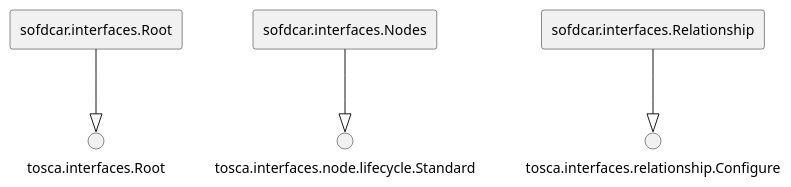
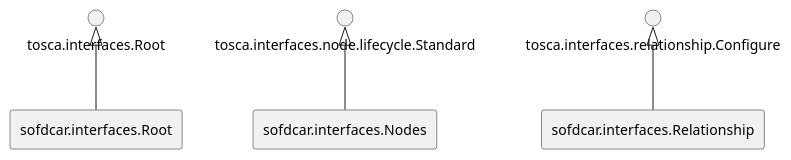
One commit to OpenTOSCA/opentosca-vintner changed the diagram in docs/docs/sofdcar/tosca-sofdcar-profile.interface-types.puml. Above: the diagram before and after it, drawn with PlantUML. The commit also changed 28 other files, not shown here.

```diff
--- a/docs/docs/sofdcar/tosca-sofdcar-profile.interface-types.puml
+++ b/docs/docs/sofdcar/tosca-sofdcar-profile.interface-types.puml
@@ -1,18 +1,18 @@
 @startuml
 skinparam componentStyle rectangle
 
 
 rectangle "sofdcar.interfaces.Root"
 
 rectangle "sofdcar.interfaces.Nodes"
 
 rectangle "sofdcar.interfaces.Relationship"
 
 
-"sofdcar.interfaces.Root" --|> "tosca.interfaces.Root"
+"tosca.interfaces.Root" <|-- "sofdcar.interfaces.Root"
 
-"sofdcar.interfaces.Nodes" --|> "tosca.interfaces.node.lifecycle.Standard"
+"tosca.interfaces.node.lifecycle.Standard" <|-- "sofdcar.interfaces.Nodes"
 
-"sofdcar.interfaces.Relationship" --|> "tosca.interfaces.relationship.Configure"
+"tosca.interfaces.relationship.Configure" <|-- "sofdcar.interfaces.Relationship"
 
 @enduml
```
